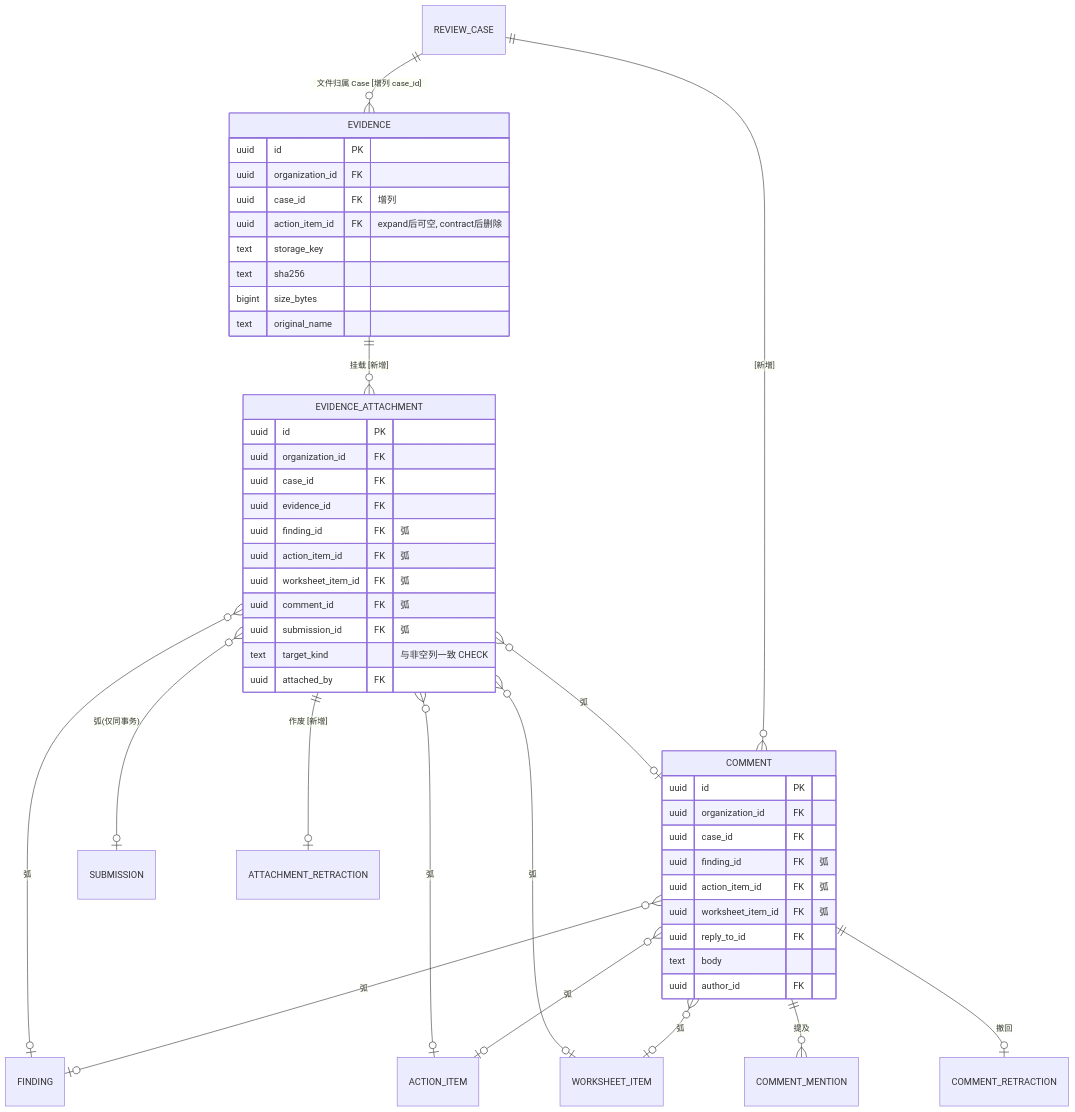
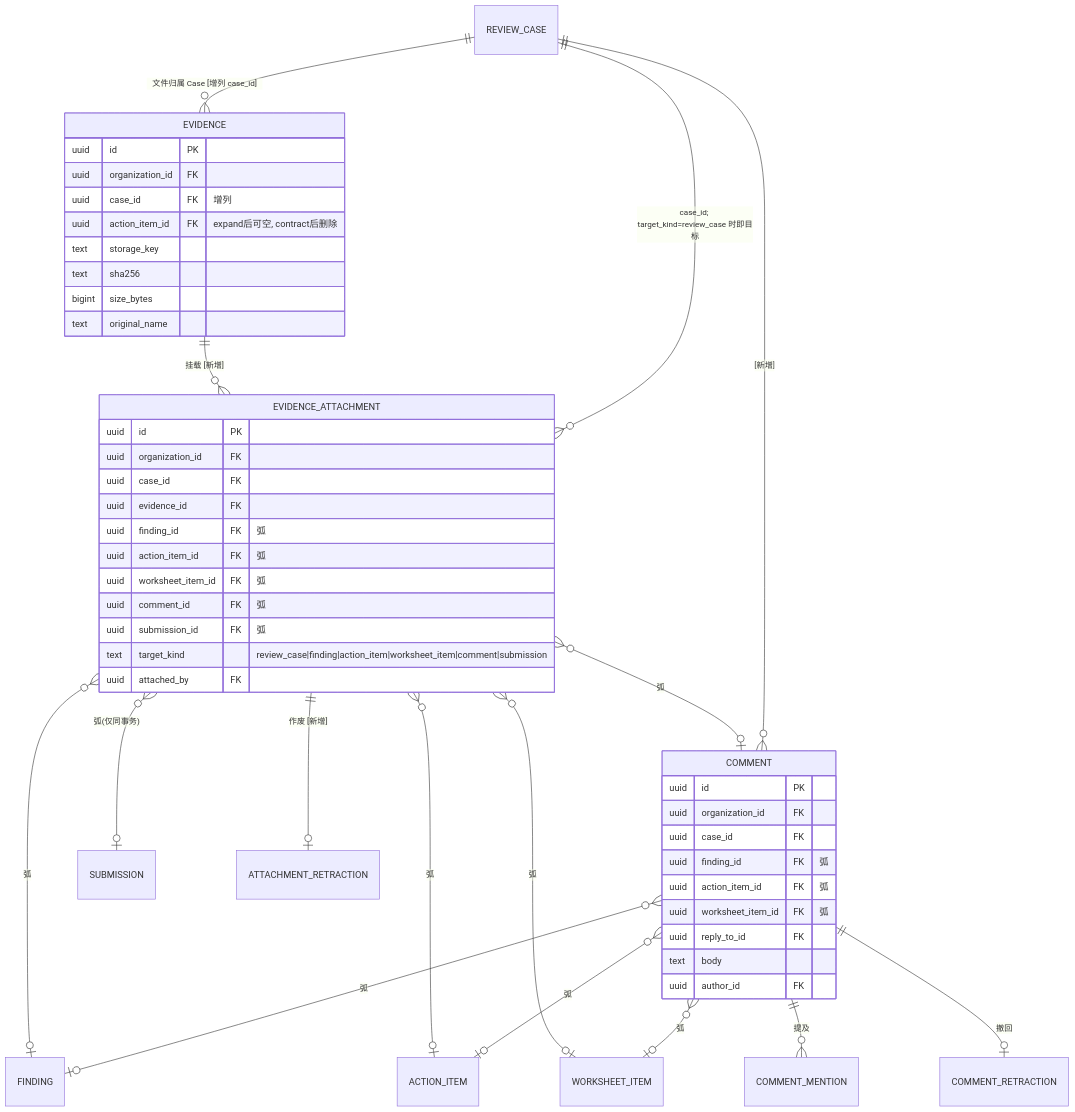
The third of 7 diagrams in docs/rfc/generic-review-platform/02-meta-model.md (Truh-hbe/EasyAudit-Next), drawn with Mermaid before and after one commit. The commit also changed other lines of this file and 4 other files, not shown here.

First line of the commit message:
docs(rfc): address design review on evidence backfill, case-level evidence, OpenAPI baseline

````diff
--- a/docs/rfc/generic-review-platform/02-meta-model.md
+++ b/docs/rfc/generic-review-platform/02-meta-model.md
@@ -213,52 +213,53 @@
 ```mermaid
 erDiagram
   REVIEW_CASE ||--o{ EVIDENCE : "文件归属 Case [增列 case_id]"
   EVIDENCE ||--o{ EVIDENCE_ATTACHMENT : "挂载 [新增]"
+  REVIEW_CASE ||--o{ EVIDENCE_ATTACHMENT : "case_id; target_kind=review_case 时即目标"
   EVIDENCE_ATTACHMENT }o--o| FINDING : "弧"
   EVIDENCE_ATTACHMENT }o--o| ACTION_ITEM : "弧"
   EVIDENCE_ATTACHMENT }o--o| WORKSHEET_ITEM : "弧"
   EVIDENCE_ATTACHMENT }o--o| COMMENT : "弧"
   EVIDENCE_ATTACHMENT }o--o| SUBMISSION : "弧(仅同事务)"
   EVIDENCE_ATTACHMENT ||--o| ATTACHMENT_RETRACTION : "作废 [新增]"
   REVIEW_CASE ||--o{ COMMENT : "[新增]"
   COMMENT }o--o| FINDING : "弧"
   COMMENT }o--o| ACTION_ITEM : "弧"
   COMMENT }o--o| WORKSHEET_ITEM : "弧"
   COMMENT ||--o{ COMMENT_MENTION : "提及"
   COMMENT ||--o| COMMENT_RETRACTION : "撤回"
 
   EVIDENCE {
     uuid id PK
     uuid organization_id FK
     uuid case_id FK "增列"
     uuid action_item_id FK "expand后可空, contract后删除"
     text storage_key
     text sha256
     bigint size_bytes
     text original_name
   }
   EVIDENCE_ATTACHMENT {
     uuid id PK
     uuid organization_id FK
     uuid case_id FK
     uuid evidence_id FK
     uuid finding_id FK "弧"
     uuid action_item_id FK "弧"
     uuid worksheet_item_id FK "弧"
     uuid comment_id FK "弧"
     uuid submission_id FK "弧"
-    text target_kind "与非空列一致 CHECK"
+    text target_kind "review_case|finding|action_item|worksheet_item|comment|submission"
     uuid attached_by FK
   }
   COMMENT {
     uuid id PK
     uuid organization_id FK
     uuid case_id FK
     uuid finding_id FK "弧"
     uuid action_item_id FK "弧"
     uuid worksheet_item_id FK "弧"
     uuid reply_to_id FK
     text body
     uuid author_id FK
   }
 ```
````
